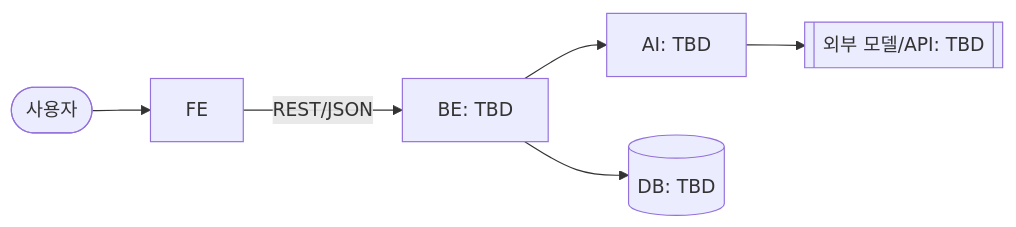
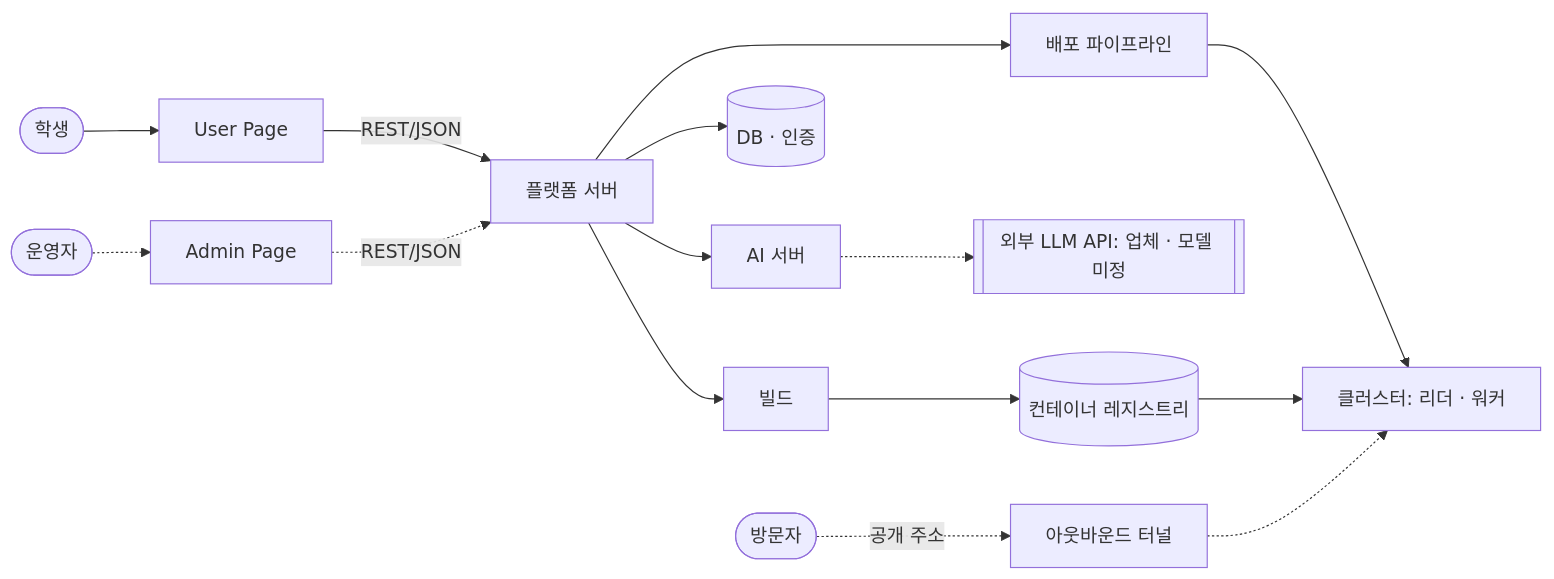
One commit to woowangthon/WOOWANGTHON_TEAM_18 changed the diagram in docs/SRS.md. Above: the diagram before and after it, drawn with Mermaid. The commit also changed other lines of this file, not shown here.

````diff
--- a/docs/SRS.md
+++ b/docs/SRS.md
@@ -101,8 +105,17 @@
 ```mermaid
 flowchart LR
-  user([사용자]) --> fe[FE]
-  fe -->|REST/JSON| be[BE: TBD]
-  be --> ai[AI: TBD]
-  be --> db[(DB: TBD)]
-  ai --> llm[[외부 모델/API: TBD]]
+  student([학생]) --> up[User Page]
+  operator([운영자]) -.-> ap[Admin Page]
+  visitor([방문자]) -.->|공개 주소| tunnel[아웃바운드 터널]
+  up -->|REST/JSON| be[플랫폼 서버]
+  ap -.->|REST/JSON| be
+  be --> db[(DB · 인증)]
+  be --> ai[AI 서버]
+  ai -.-> llm[[외부 LLM API: 업체 · 모델 미정]]
+  be --> build[빌드]
+  build --> reg[(컨테이너 레지스트리)]
+  be --> pipe[배포 파이프라인]
+  pipe --> cluster[클러스터: 리더 · 워커]
+  reg --> cluster
+  tunnel -.-> cluster
 ```
````
